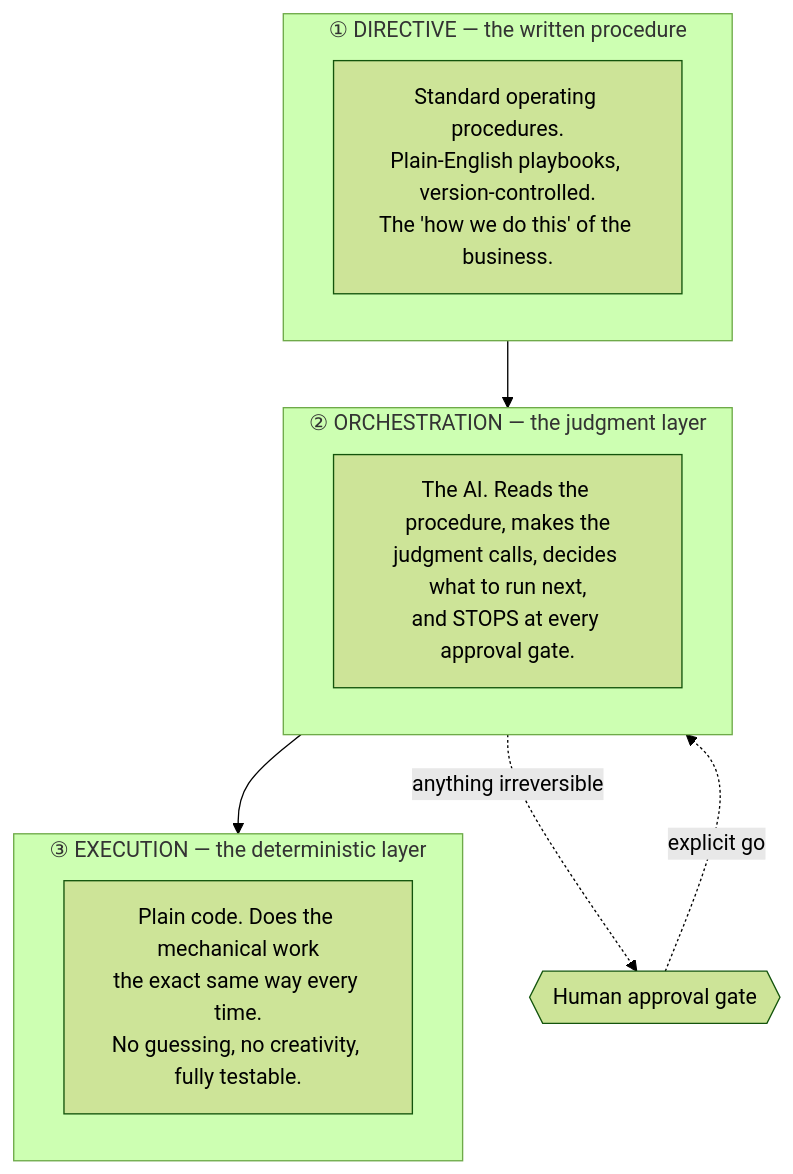
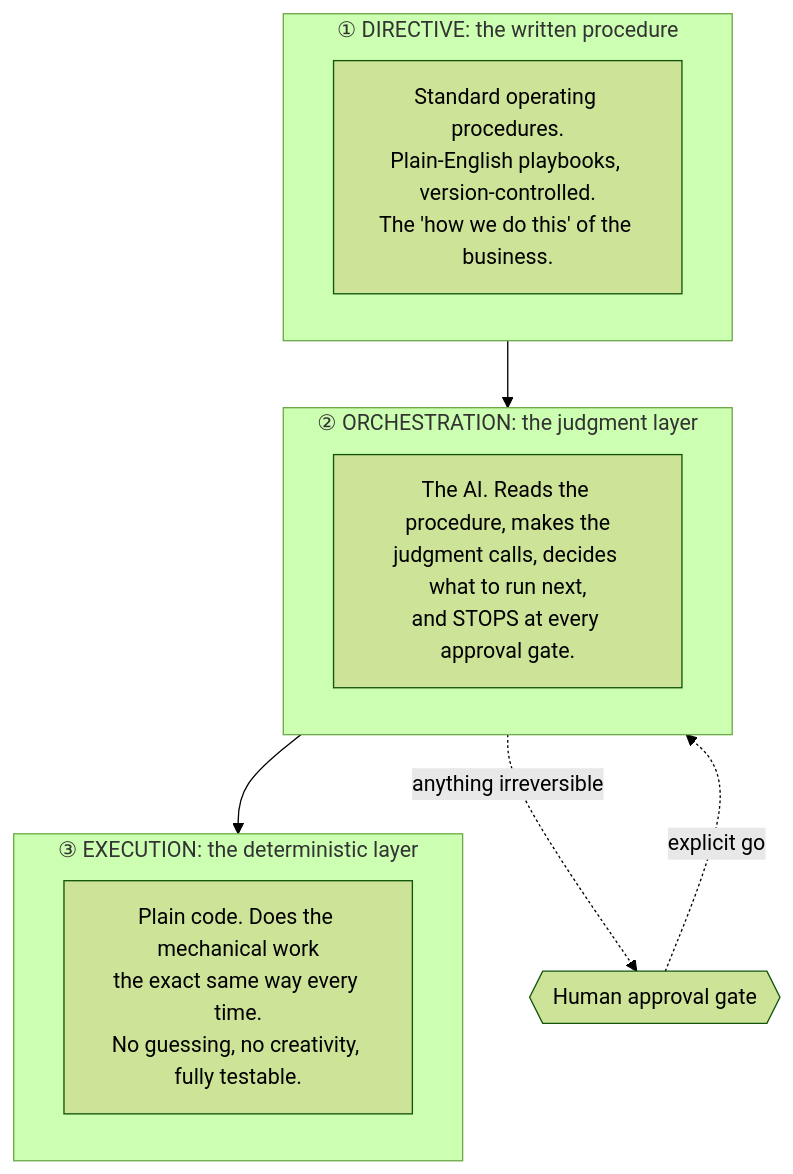
Before and after one commit to paularceneaux/case-study-three-layer-architecture: the diagram in README.md, drawn with Mermaid (forest theme). The commit also changed other lines of this file, not shown here.

````diff
--- a/README.md
+++ b/README.md
@@ -22,19 +22,19 @@
 ```mermaid
 flowchart TB
-    subgraph L1["① DIRECTIVE — the written procedure"]
+    subgraph L1["① DIRECTIVE: the written procedure"]
         direction LR
         D["Standard operating procedures.<br/>Plain-English playbooks, version-controlled.<br/>The 'how we do this' of the business."]
     end
-    subgraph L2["② ORCHESTRATION — the judgment layer"]
+    subgraph L2["② ORCHESTRATION: the judgment layer"]
         direction LR
         O["The AI. Reads the procedure, makes the<br/>judgment calls, decides what to run next,<br/>and STOPS at every approval gate."]
     end
-    subgraph L3["③ EXECUTION — the deterministic layer"]
+    subgraph L3["③ EXECUTION: the deterministic layer"]
         direction LR
         E["Plain code. Does the mechanical work<br/>the exact same way every time.<br/>No guessing, no creativity, fully testable."]
     end
     L1 --> L2 --> L3
     GATE{{Human approval gate}}
     L2 -.->|anything irreversible| GATE
     GATE -.->|explicit go| L2
 ```
````
